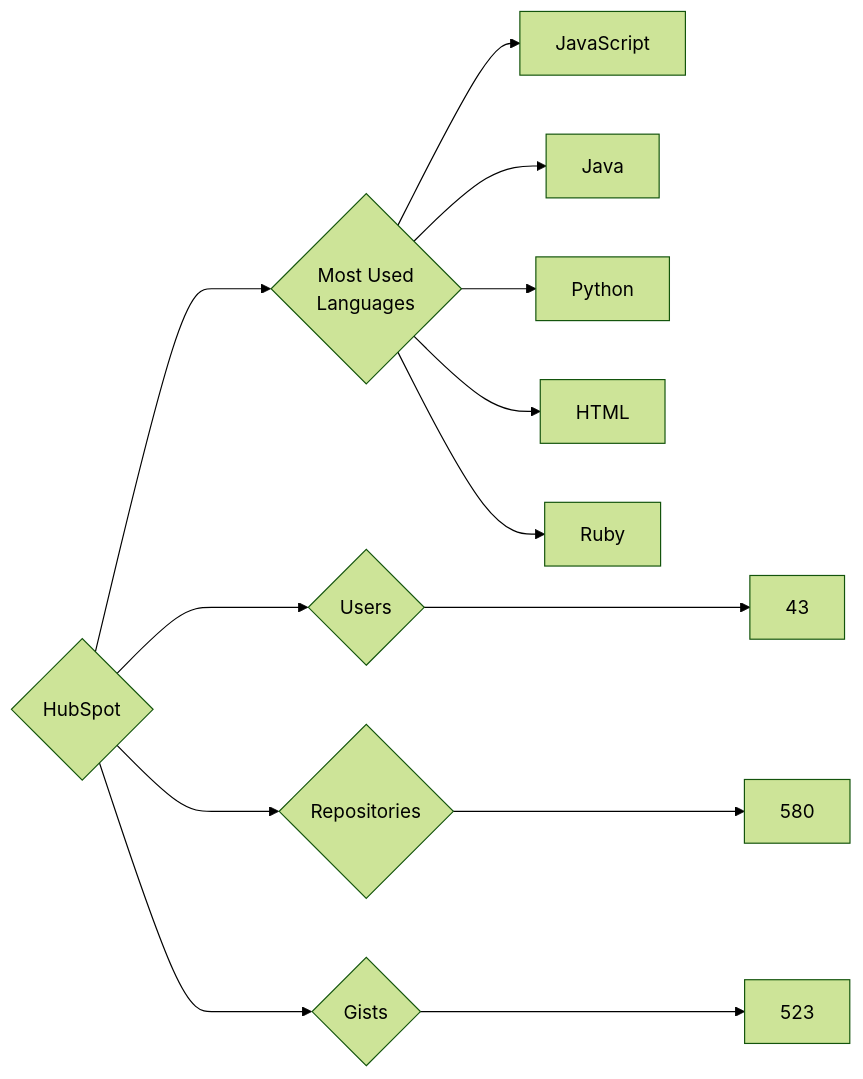
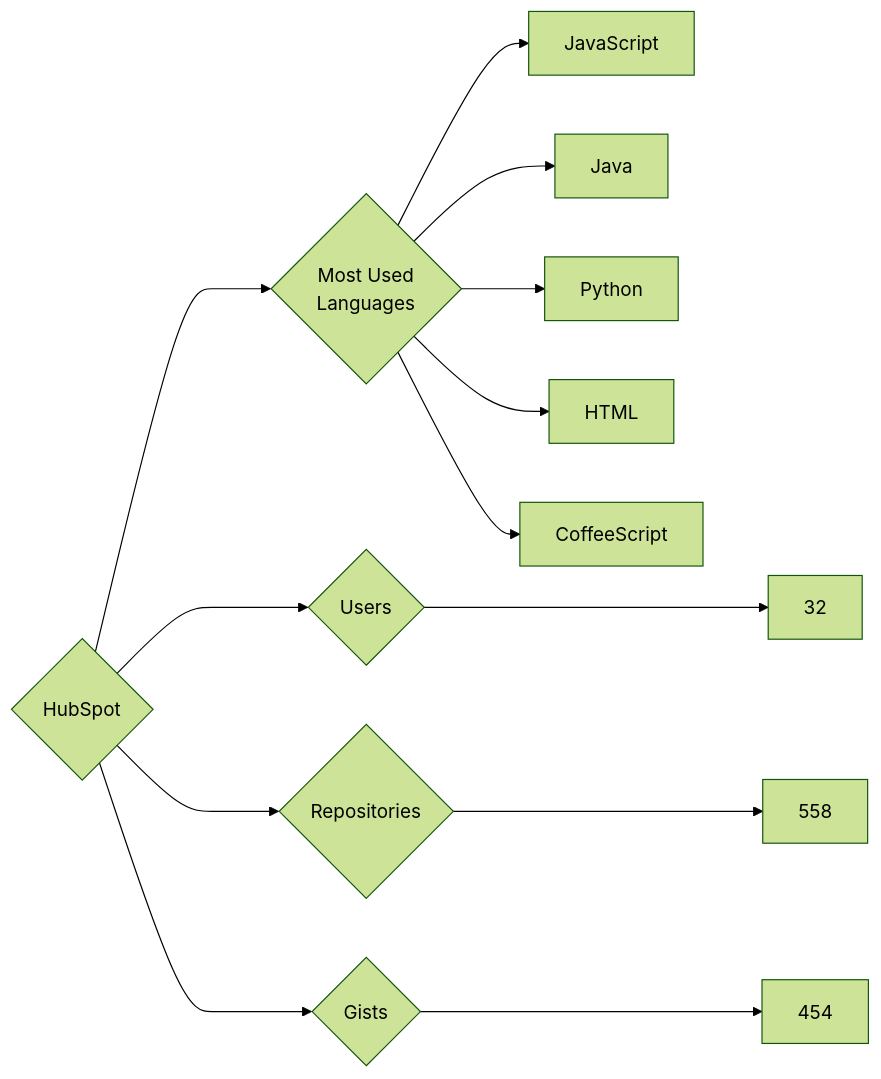
The diagram in targets/HubSpot/README.md (trickest/insiders), drawn with Mermaid (forest theme) before and after one commit. The commit also changed 610 other files, not shown here.

````diff
--- a/targets/HubSpot/README.md
+++ b/targets/HubSpot/README.md
@@ -3,13 +3,13 @@
 ```mermaid
 graph LR
 COMPANY_NAME{HubSpot}
-COMPANY_NAME ---> U{Users} ---> UN[43]
-COMPANY_NAME ---> R{Repositories} ---> RN[580]
-COMPANY_NAME ---> G{Gists} ---> GN[523]
+COMPANY_NAME ---> U{Users} ---> UN[32]
+COMPANY_NAME ---> R{Repositories} ---> RN[558]
+COMPANY_NAME ---> G{Gists} ---> GN[454]
 COMPANY_NAME ---> ML{Most Used<br>Languages}
 ML --> JavaScript[JavaScript]
 ML --> Java[Java]
 ML --> Python[Python]
 ML --> HTML[HTML]
-ML --> Ruby[Ruby]
+ML --> CoffeeScript[CoffeeScript]
 ```
````
